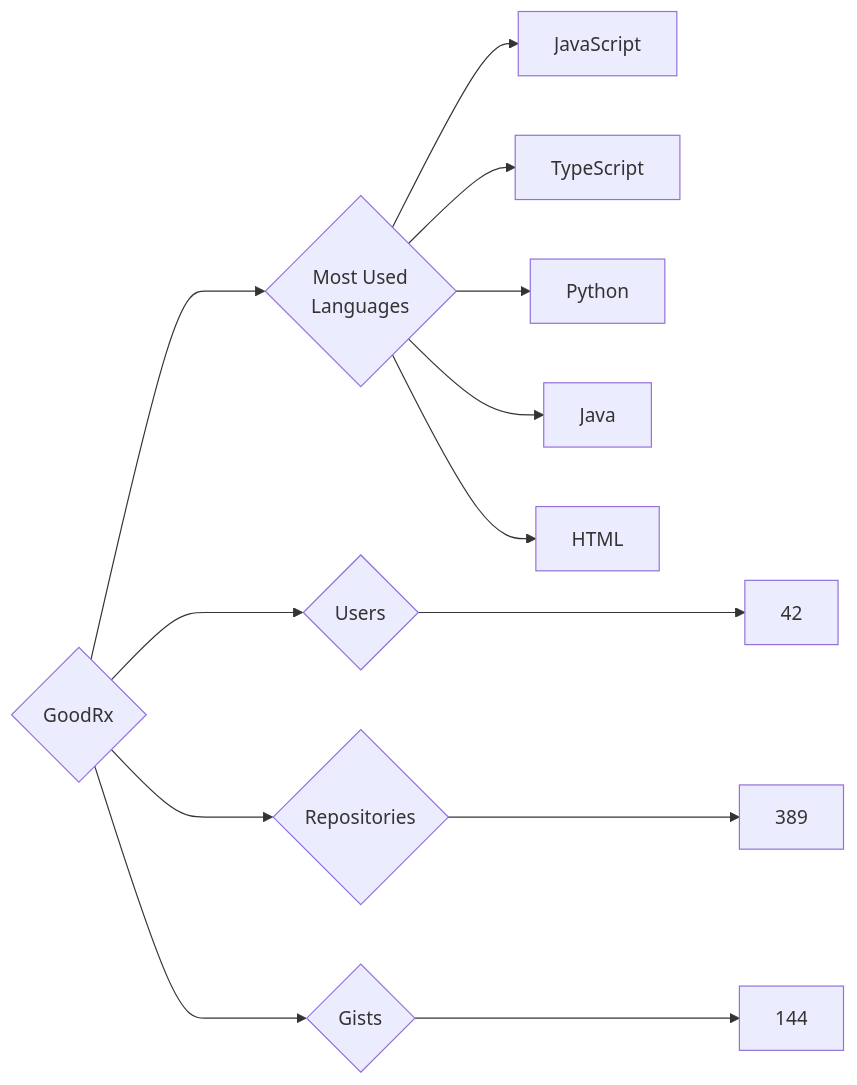
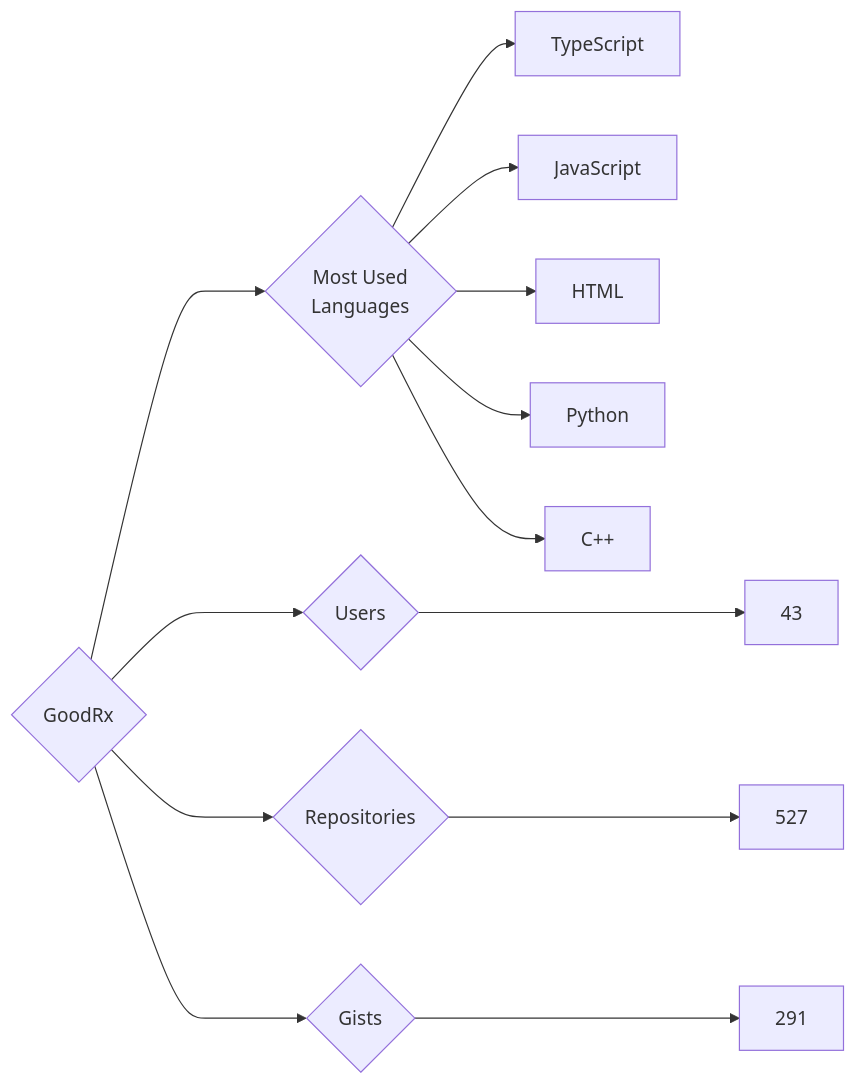
One commit to trickest/insiders changed the diagram in targets/GoodRx/README.md. Above: the diagram before and after it, drawn with Mermaid. The commit also changed 773 other files, not shown here.

````diff
--- a/targets/GoodRx/README.md
+++ b/targets/GoodRx/README.md
@@ -3,13 +3,13 @@
 ```mermaid
 graph LR
 COMPANY_NAME{GoodRx}
-COMPANY_NAME ---> U{Users} ---> UN[42]
-COMPANY_NAME ---> R{Repositories} ---> RN[389]
-COMPANY_NAME ---> G{Gists} ---> GN[144]
+COMPANY_NAME ---> U{Users} ---> UN[43]
+COMPANY_NAME ---> R{Repositories} ---> RN[527]
+COMPANY_NAME ---> G{Gists} ---> GN[291]
 COMPANY_NAME ---> ML{Most Used<br>Languages}
+ML --> TypeScript[TypeScript]
 ML --> JavaScript[JavaScript]
-ML --> TypeScript[TypeScript]
+ML --> HTML[HTML]
 ML --> Python[Python]
-ML --> Java[Java]
-ML --> HTML[HTML]
+ML --> C++[C++]
 ```
````
